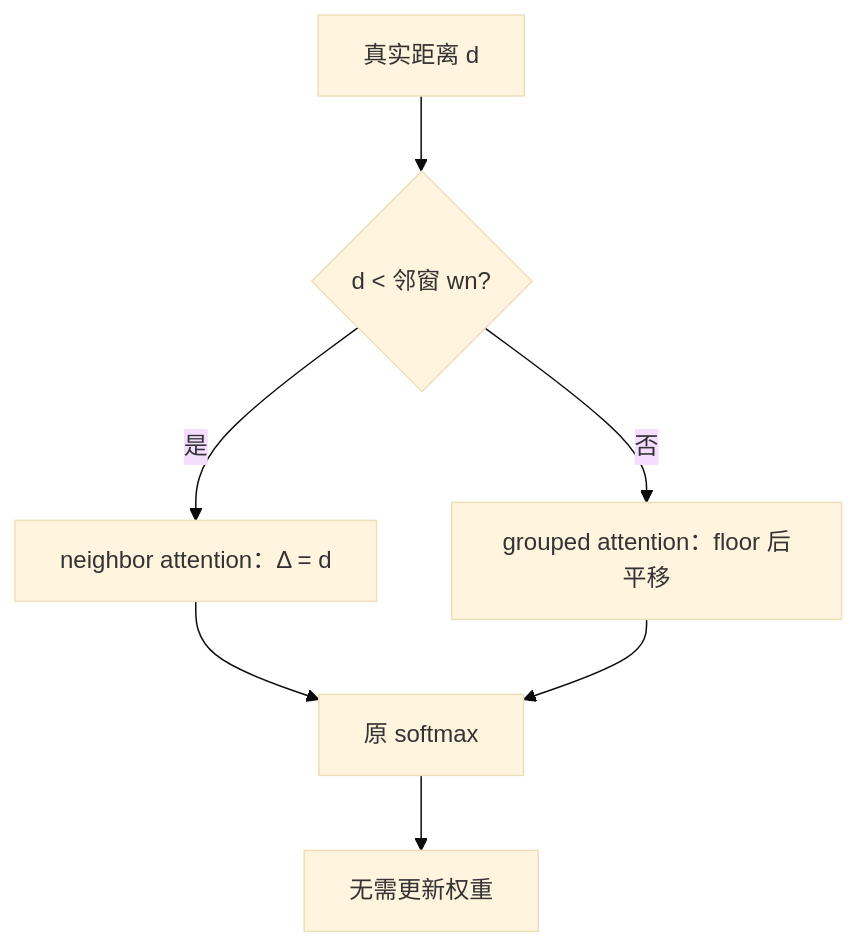
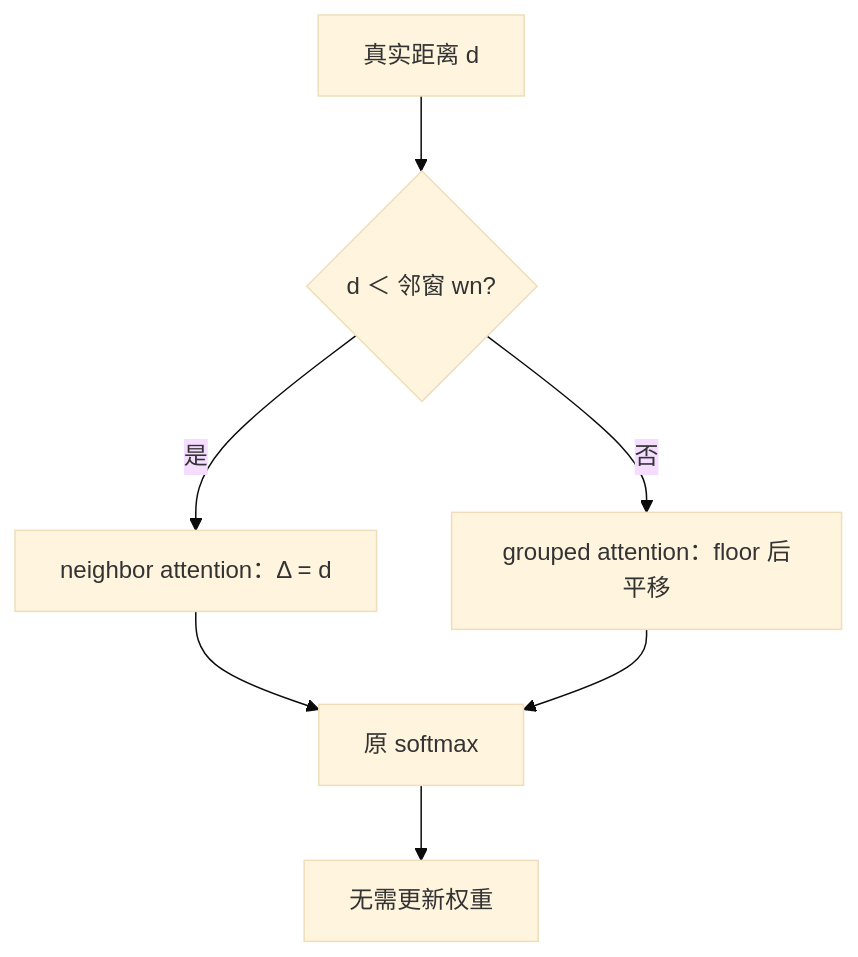
The diagram in docs/llm/self-extend-paper.md (xhongduo-tech/xhongduo-tech.github.io), drawn with Mermaid (base theme) before and after one commit. The commit also changed other lines of this file and 772 other files, not shown here.

````diff
--- a/docs/llm/self-extend-paper.md
+++ b/docs/llm/self-extend-paper.md
@@ -44,9 +44,9 @@
 ```mermaid
 flowchart TD
-  D["真实距离 d"] --> N{"d < 邻窗 wn?"}
+  D["真实距离 d"] --> N{"d ＜ 邻窗 wn?"}
   N -->|"是"| NB["neighbor attention：Δ = d"]
   N -->|"否"| GB["grouped attention：floor 后平移"]
   NB --> S["原 softmax"]
   GB --> S
   S --> Y["无需更新权重"]
 ```
````
